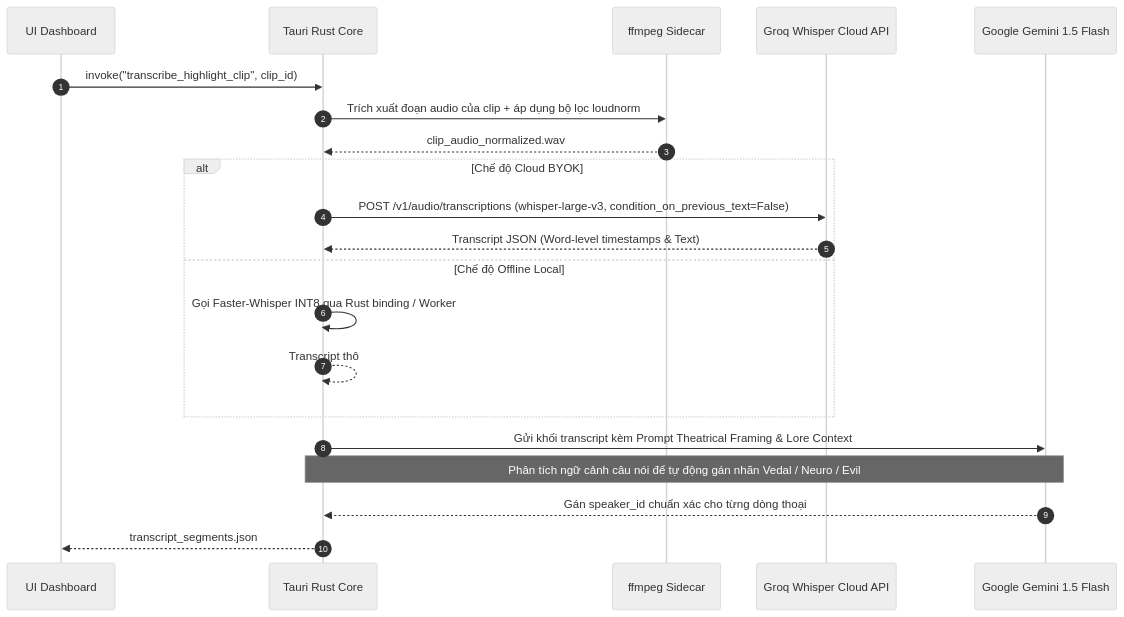
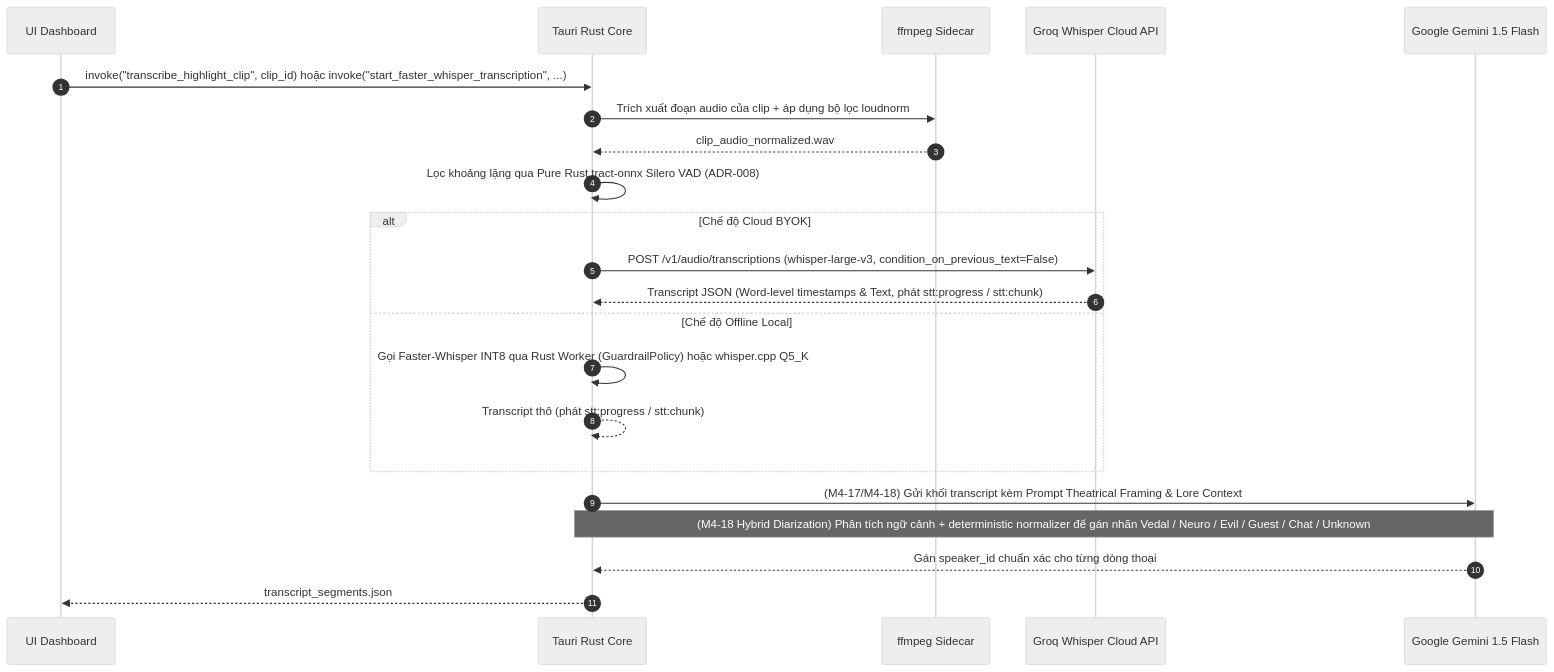
One commit to Nashidiwa/neuroclip changed the fifth of 7 diagrams in docs/ARCHITECTURE.md. Above: the diagram before and after it, drawn with Mermaid (neutral theme). The commit also changed other lines of this file and 6 other files, not shown here.

````diff
--- a/docs/ARCHITECTURE.md
+++ b/docs/ARCHITECTURE.md
@@ -248,24 +247,25 @@
 ```mermaid
 sequenceDiagram
     autonumber
     participant UI as UI Dashboard
     participant Rust as Tauri Rust Core
     participant FFmpeg as ffmpeg Sidecar
     participant Groq as Groq Whisper Cloud API
     participant Gemini as Google Gemini 1.5 Flash
 
-    UI->>Rust: invoke("transcribe_highlight_clip", clip_id)
+    UI->>Rust: invoke("transcribe_highlight_clip", clip_id) hoặc invoke("start_faster_whisper_transcription", ...)
     Rust->>FFmpeg: Trích xuất đoạn audio của clip + áp dụng bộ lọc loudnorm
     FFmpeg-->>Rust: clip_audio_normalized.wav
+    Rust->>Rust: Lọc khoảng lặng qua Pure Rust tract-onnx Silero VAD (ADR-008)
     alt Chế độ Cloud BYOK
         Rust->>Groq: POST /v1/audio/transcriptions (whisper-large-v3, condition_on_previous_text=False)
-        Groq-->>Rust: Transcript JSON (Word-level timestamps & Text)
+        Groq-->>Rust: Transcript JSON (Word-level timestamps & Text, phát stt:progress / stt:chunk)
     else Chế độ Offline Local
-        Rust->>Rust: Gọi Faster-Whisper INT8 qua Rust binding / Worker
-        Rust-->>Rust: Transcript thô
+        Rust->>Rust: Gọi Faster-Whisper INT8 qua Rust Worker (GuardrailPolicy) hoặc whisper.cpp Q5_K
+        Rust-->>Rust: Transcript thô (phát stt:progress / stt:chunk)
     end
-    Rust->>Gemini: Gửi khối transcript kèm Prompt Theatrical Framing & Lore Context
-    Note over Rust,Gemini: Phân tích ngữ cảnh câu nói để tự động gán nhãn Vedal / Neuro / Evil
+    Rust->>Gemini: (M4-17/M4-18) Gửi khối transcript kèm Prompt Theatrical Framing & Lore Context
+    Note over Rust,Gemini: (M4-18 Hybrid Diarization) Phân tích ngữ cảnh + deterministic normalizer để gán nhãn Vedal / Neuro / Evil / Guest / Chat / Unknown
     Gemini-->>Rust: Gán speaker_id chuẩn xác cho từng dòng thoại
     Rust-->>UI: transcript_segments.json
 ```
````
